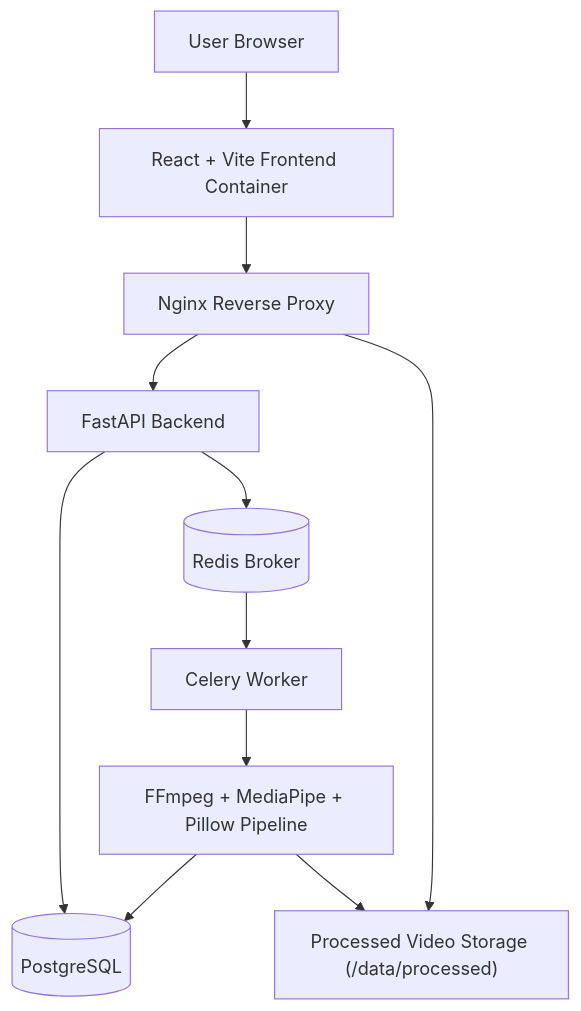
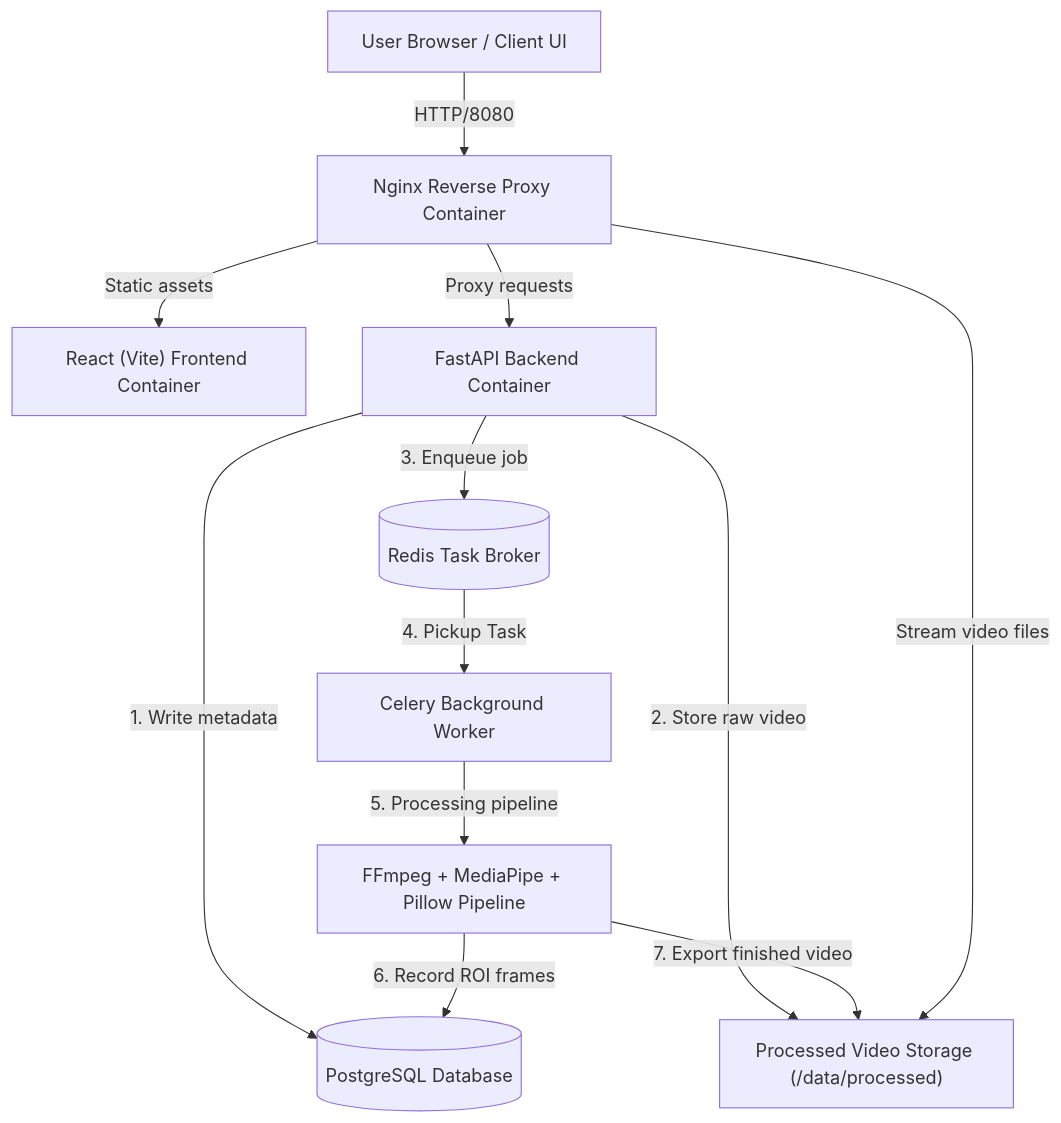
Before and after one commit to Sahilkewat80085/SentraVision: the first of 2 diagrams in docs/architecture.md, drawn with Mermaid. The commit also changed other lines of this file, not shown here.

Commit message:
Enrich system architecture flowcharts and document relational database schemas

````diff
--- a/docs/architecture.md
+++ b/docs/architecture.md
@@ -3,13 +7,14 @@
 ```mermaid
 flowchart TD
-    U["User Browser"] --> FE["React + Vite Frontend Container"]
-    FE --> NX["Nginx Reverse Proxy"]
-    NX --> API["FastAPI Backend"]
-    API --> DB[("PostgreSQL")]
-    API --> RQ[("Redis Broker")]
-    RQ --> CW["Celery Worker"]
-    CW --> VP["FFmpeg + MediaPipe + Pillow Pipeline"]
-    VP --> DB
-    VP --> FS["Processed Video Storage (/data/processed)"]
-    NX --> FS
+    User["User Browser / Client UI"] -->|HTTP/8080| NX["Nginx Reverse Proxy Container"]
+    NX -->|Static assets| FE["React (Vite) Frontend Container"]
+    NX -->|Proxy requests| API["FastAPI Backend Container"]
+    API -->|1. Write metadata| DB[("PostgreSQL Database")]
+    API -->|2. Store raw video| FS["Processed Video Storage (/data/processed)"]
+    API -->|3. Enqueue job| RQ[("Redis Task Broker")]
+    RQ -->|4. Pickup Task| CW["Celery Background Worker"]
+    CW -->|5. Processing pipeline| VP["FFmpeg + MediaPipe + Pillow Pipeline"]
+    VP -->|6. Record ROI frames| DB
+    VP -->|7. Export finished video| FS
+    NX -->|Stream video files| FS
 ```
````
